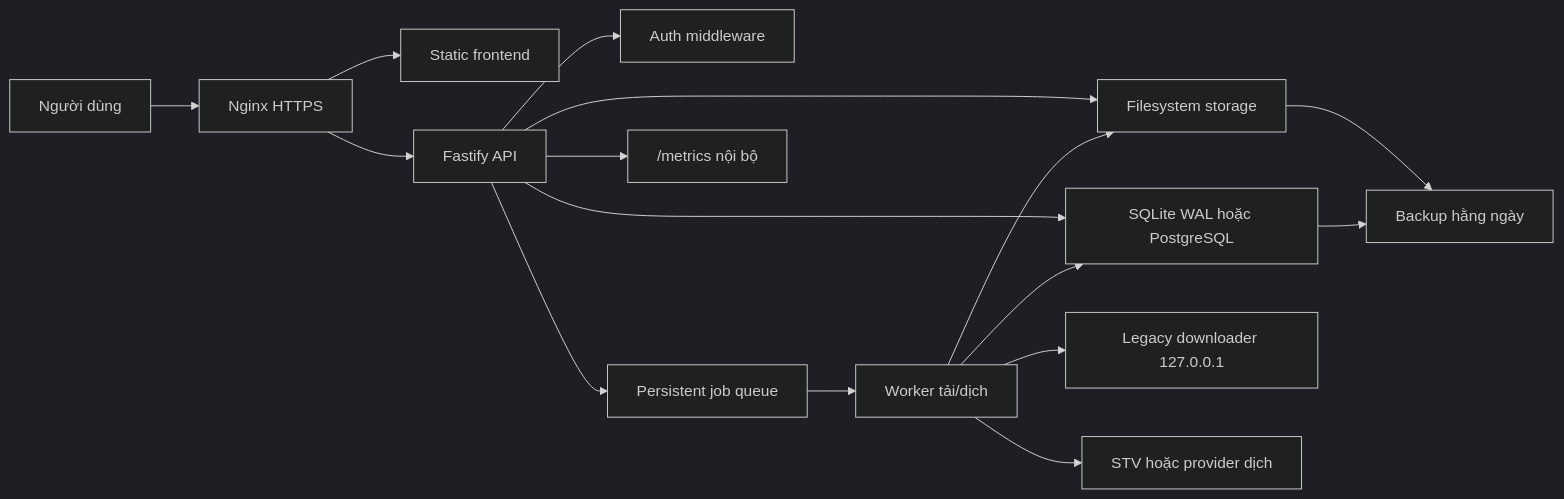
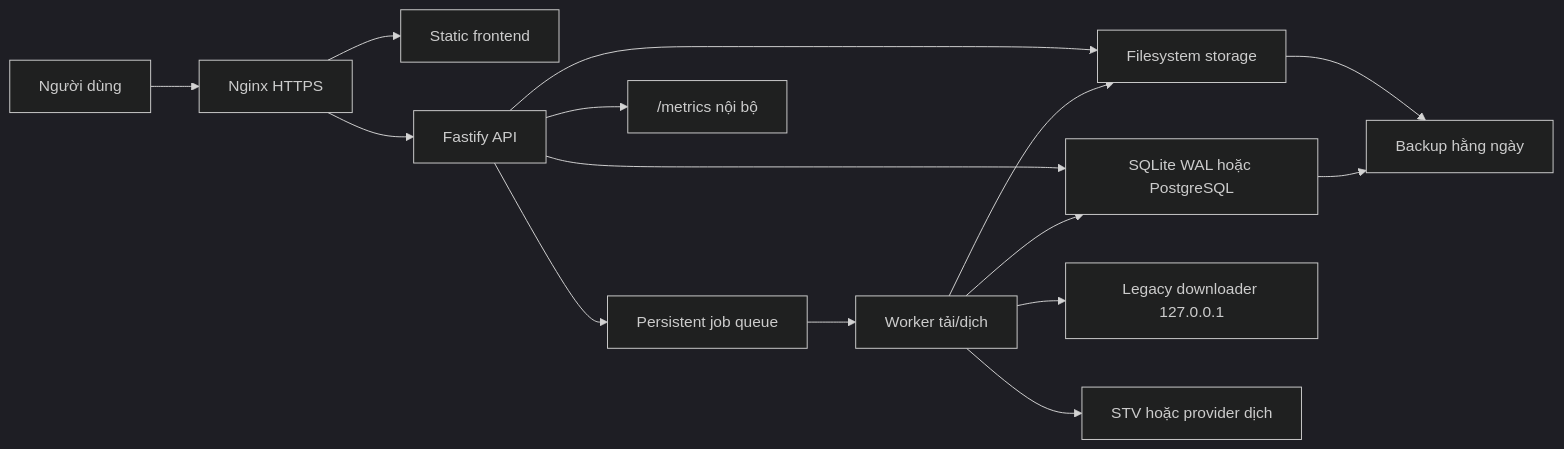
One commit to minhdatuet/fanqie-novel-downloader changed the diagram in docs/02-target-architecture.md. Above: the diagram before and after it, drawn with Mermaid (dark theme). The commit also changed other lines of this file and 33 other files, not shown here.

````diff
--- a/docs/02-target-architecture.md
+++ b/docs/02-target-architecture.md
@@ -17,21 +17,20 @@
 ```mermaid
 flowchart LR
     User["Người dùng"] --> Nginx["Nginx HTTPS"]
     Nginx --> Frontend["Static frontend"]
     Nginx --> Api["Fastify API"]
 
-    Api --> Auth["Auth middleware"]
     Api --> Db["SQLite WAL hoặc PostgreSQL"]
     Api --> Queue["Persistent job queue"]
     Api --> Storage["Filesystem storage"]
 
     Queue --> Worker["Worker tải/dịch"]
     Worker --> Legacy["Legacy downloader 127.0.0.1"]
     Worker --> Translator["STV hoặc provider dịch"]
     Worker --> Storage
     Worker --> Db
 
     Api --> Metrics["/metrics nội bộ"]
     Storage --> Backup["Backup hằng ngày"]
     Db --> Backup
 ```
````
